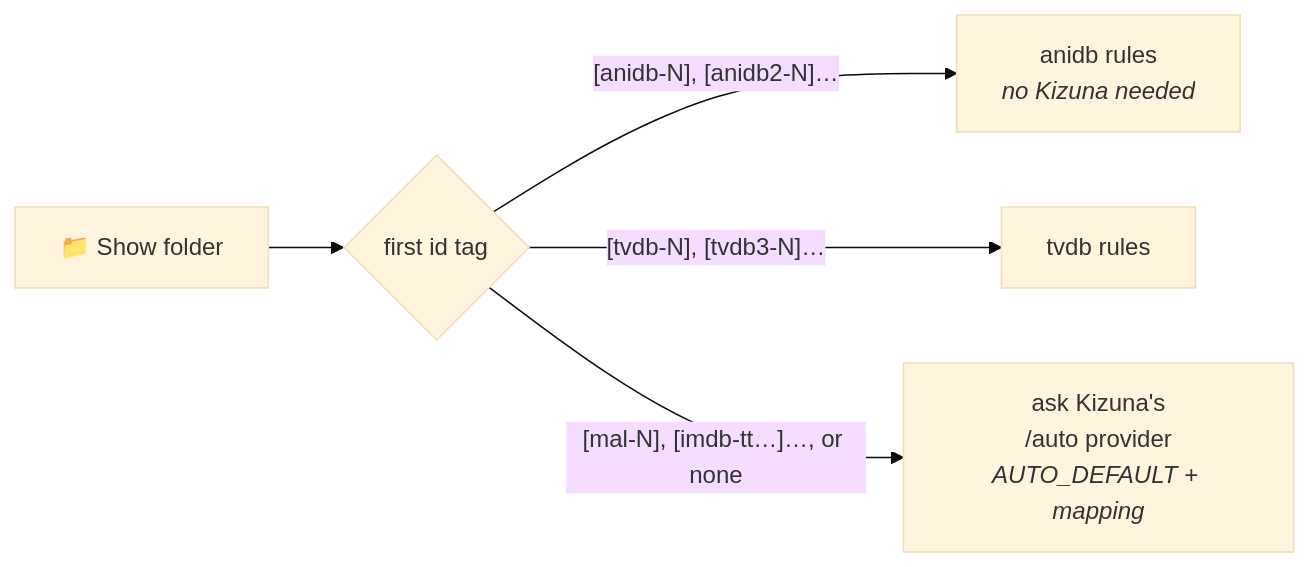
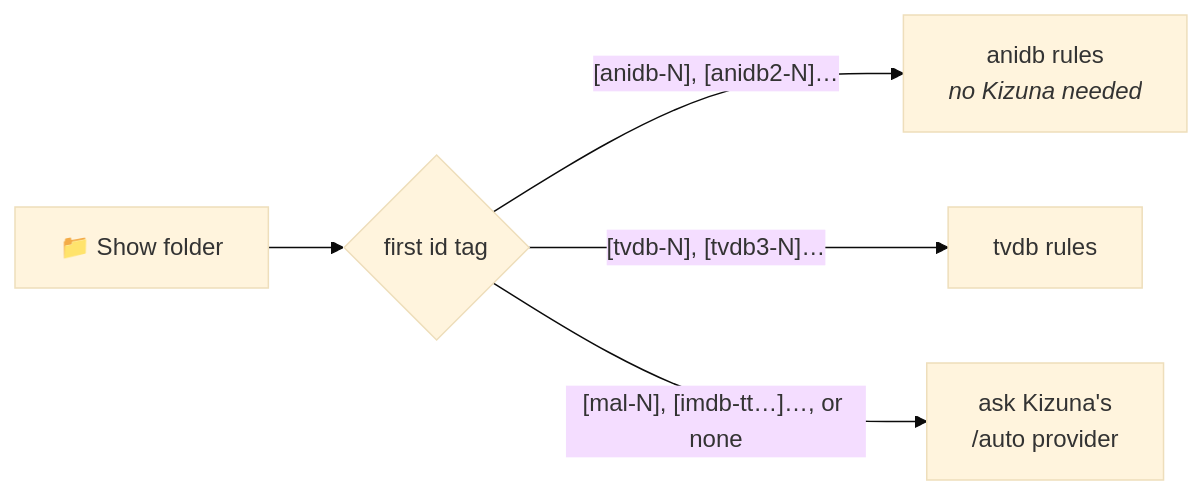
One commit to KurtzPT/kizuna changed the third of 3 diagrams in MIGRATION.md. Above: the diagram before and after it, drawn with Mermaid (base theme). The commit also changed other lines of this file, not shown here.

````diff
--- a/MIGRATION.md
+++ b/MIGRATION.md
@@ -405,7 +305,7 @@
 ```mermaid
 flowchart LR
     A["📁 Show folder"] --> B{"first id tag"}
     B -->|"[anidb-N], [anidb2-N]…"| C["anidb rules<br/><i>no Kizuna needed</i>"]
     B -->|"[tvdb-N], [tvdb3-N]…"| D["tvdb rules"]
-    B -->|"[mal-N], [imdb-tt…]…, or none"| E["ask Kizuna's<br/>/auto provider<br/><i>AUTO_DEFAULT + mapping</i>"]
+    B -->|"[mal-N], [imdb-tt…]…, or none"| E["ask Kizuna's<br/>/auto provider"]
 ```
````
